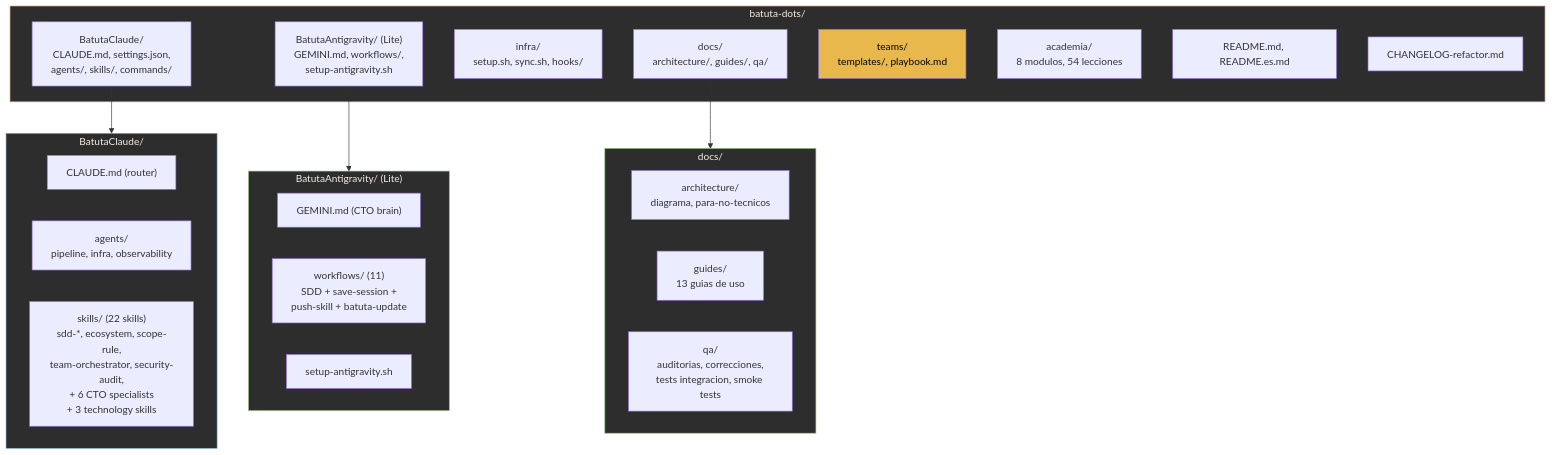
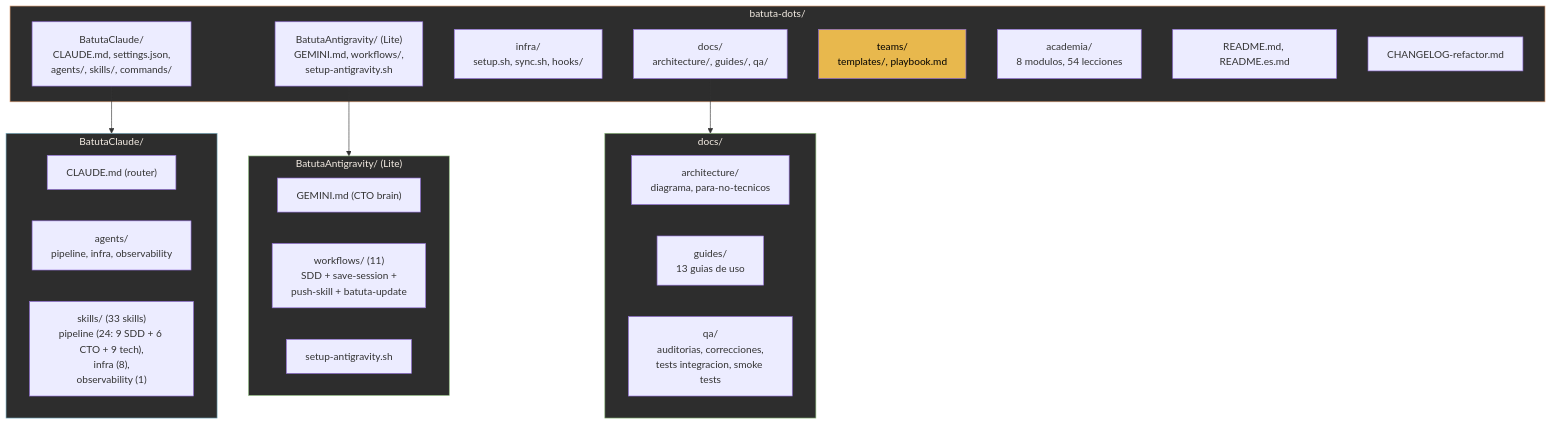
One commit to jota-batuta/batuta-dots changed diagram 23 of 23 in docs/architecture/arquitectura-diagrama.md. Above: the diagram before and after it, drawn with Mermaid. The commit also changed other lines of this file and 56 other files, not shown here.

First line of the commit message:
feat(skills): expand ecosystem to 33 skills, 5 MCPs, agentskills.io (v12.2)

````diff
--- a/docs/architecture/arquitectura-diagrama.md
+++ b/docs/architecture/arquitectura-diagrama.md
@@ -846,41 +846,41 @@
 ```mermaid
 flowchart TD
     subgraph ROOT["batuta-dots/"]
         CLAUDE_DIR["BatutaClaude/<br/>CLAUDE.md, settings.json,<br/>agents/, skills/, commands/"]
         ANTIGRAVITY_DIR["BatutaAntigravity/ (Lite)<br/>GEMINI.md, workflows/,<br/>setup-antigravity.sh"]
         INFRA_DIR["infra/<br/>setup.sh, sync.sh, hooks/"]
         DOCS["docs/<br/>architecture/, guides/, qa/"]
         TEAMS["teams/<br/>templates/, playbook.md"]
         ACADEMIA["academia/<br/>8 modulos, 54 lecciones"]
         README["README.md, README.es.md"]
         CHANGELOG["CHANGELOG-refactor.md"]
     end
 
     subgraph CLAUDE_DETAIL["BatutaClaude/"]
         CLAUDE_MD["CLAUDE.md (router)"]
         AGENTS["agents/<br/>pipeline, infra, observability"]
-        SKILLS_22["skills/ (22 skills)<br/>sdd-*, ecosystem, scope-rule,<br/>team-orchestrator, security-audit,<br/>+ 6 CTO specialists<br/>+ 3 technology skills"]
+        SKILLS_33["skills/ (33 skills)<br/>pipeline (24: 9 SDD + 6 CTO + 9 tech),<br/>infra (8),<br/>observability (1)"]
     end
 
     subgraph ANTIGRAVITY_DETAIL["BatutaAntigravity/ (Lite)"]
         GEMINI_MD["GEMINI.md (CTO brain)"]
         WORKFLOWS["workflows/ (11)<br/>SDD + save-session +<br/>push-skill + batuta-update"]
         SETUP_AG["setup-antigravity.sh"]
     end
 
     subgraph DOCS_DETAIL["docs/"]
         ARCH["architecture/<br/>diagrama, para-no-tecnicos"]
         GUIDES["guides/<br/>13 guias de uso"]
         QA["qa/<br/>auditorias, correcciones,<br/>tests integracion, smoke tests"]
     end
 
     CLAUDE_DIR --> CLAUDE_DETAIL
     ANTIGRAVITY_DIR --> ANTIGRAVITY_DETAIL
     DOCS --> DOCS_DETAIL
 
     style ROOT fill:#2d2d2d,stroke:#D4956A,color:#F5EDE4
     style CLAUDE_DETAIL fill:#2d2d2d,stroke:#7AAFC4,color:#F5EDE4
     style ANTIGRAVITY_DETAIL fill:#2d2d2d,stroke:#8BB87A,color:#F5EDE4
     style DOCS_DETAIL fill:#2d2d2d,stroke:#8BB87A,color:#F5EDE4
     style TEAMS fill:#E8B84D,color:#000
 ```
````
